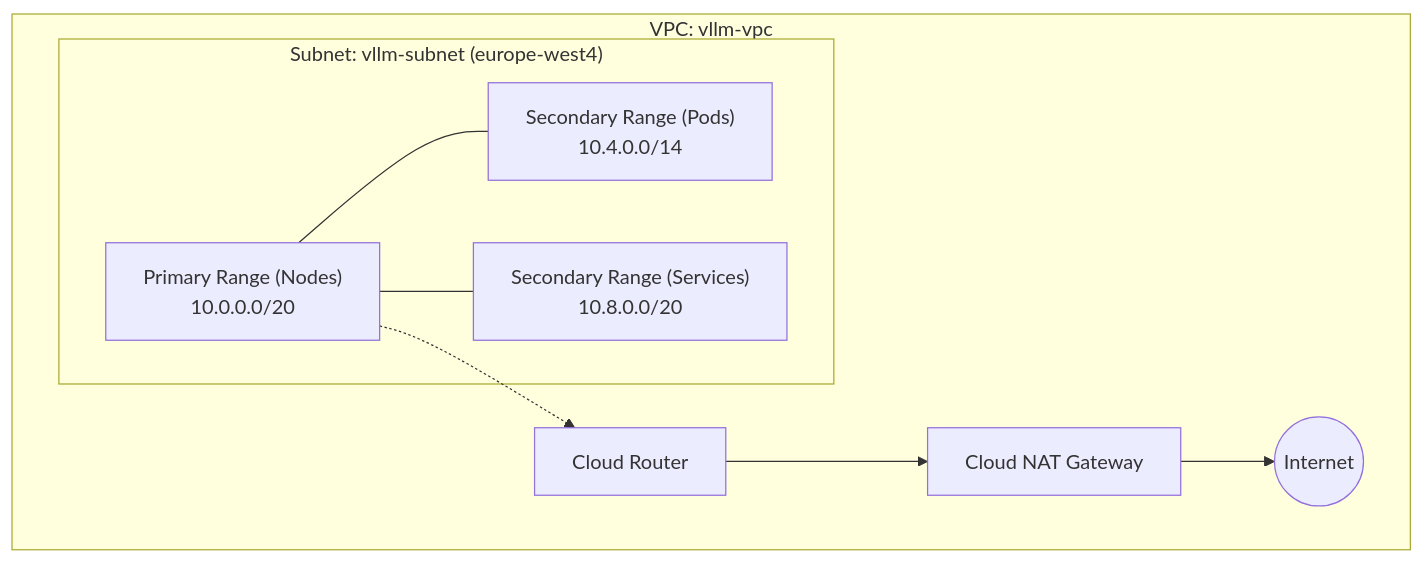
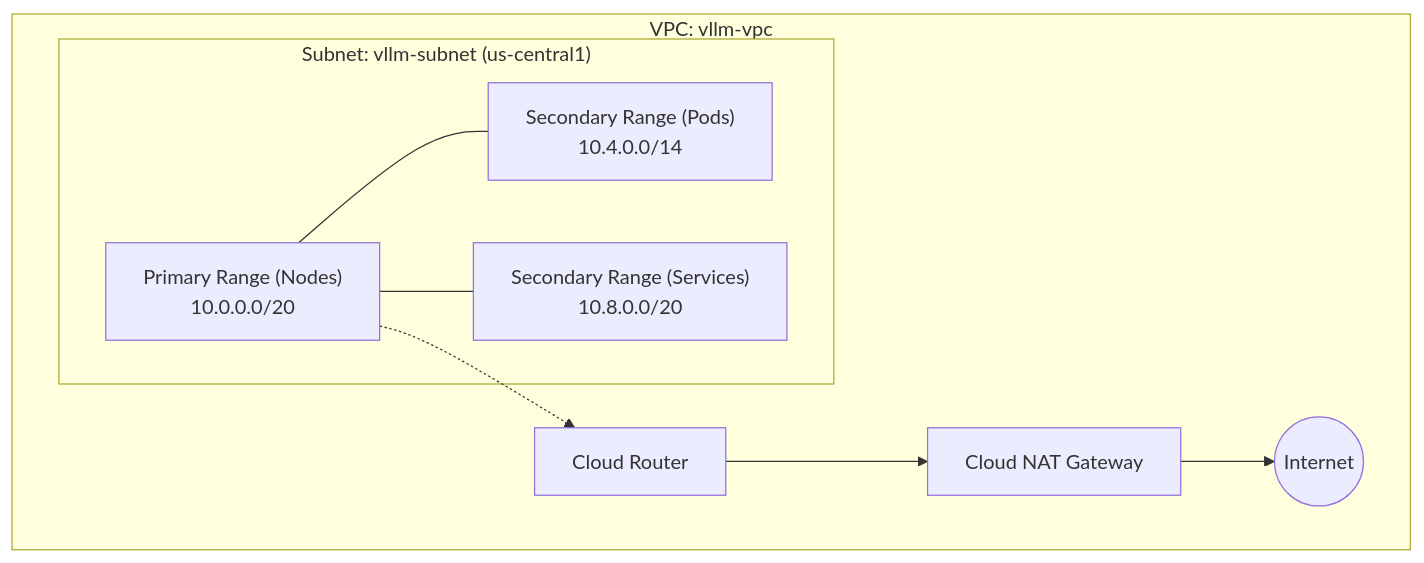
One commit to iheb24/vllm-gke changed the diagram in infra/modules/network/README.md. Above: the diagram before and after it, drawn with Mermaid. The commit also changed 9 other files, not shown here.

````diff
--- a/infra/modules/network/README.md
+++ b/infra/modules/network/README.md
@@ -13,20 +13,20 @@
 ```mermaid
 graph TD
     subgraph "VPC: vllm-vpc"
-        subgraph "Subnet: vllm-subnet (europe-west4)"
+        subgraph "Subnet: vllm-subnet (us-central1)"
             Nodes["Primary Range (Nodes)<br/>10.0.0.0/20"]
             Pods["Secondary Range (Pods)<br/>10.4.0.0/14"]
             Services["Secondary Range (Services)<br/>10.8.0.0/20"]
             
             Nodes --- Pods
             Nodes --- Services
         end
         
         Router["Cloud Router"]
         NAT["Cloud NAT Gateway"]
         
         Nodes -.-> Router
         Router --> NAT
         NAT --> Internet((Internet))
     end
 ```
````
